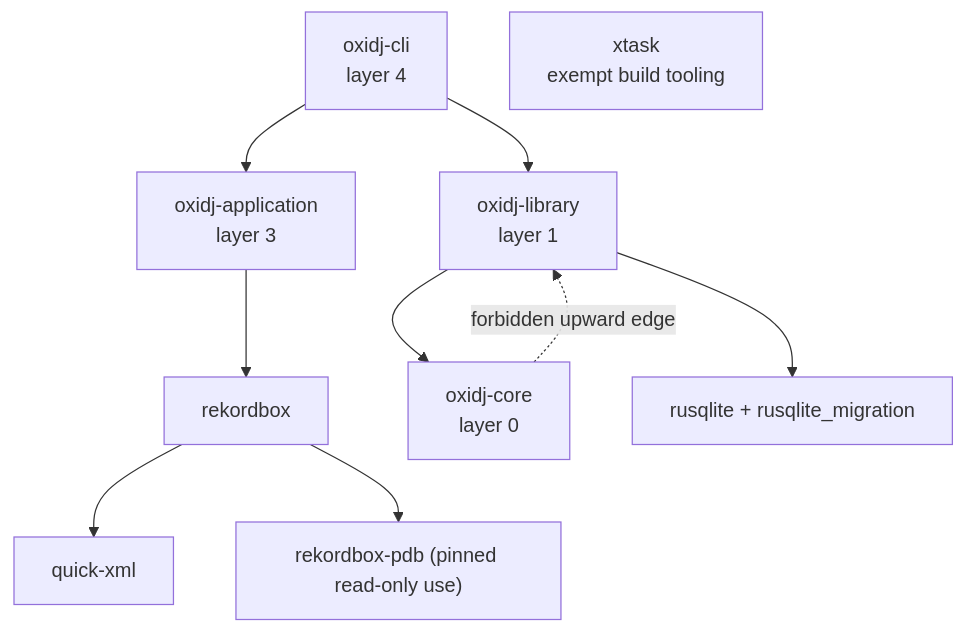
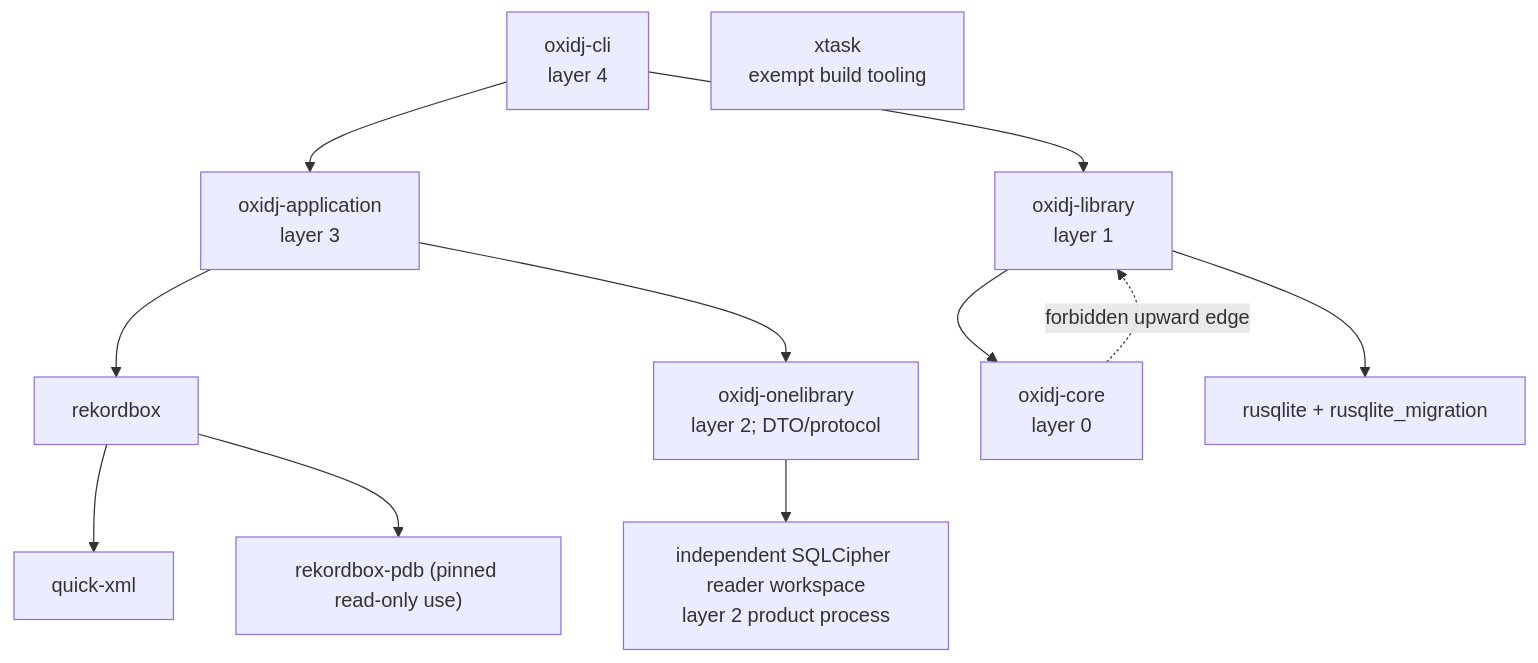
Before and after one commit to Senci/oxidj: the diagram in docs/layers-policy.md, drawn with Mermaid. The commit also changed other lines of this file and 16 other files, not shown here.

First line of the commit message:
feat(onelibrary): add isolated synthetic preview reader

````diff
--- a/docs/layers-policy.md
+++ b/docs/layers-policy.md
@@ -36,12 +37,14 @@
 ```mermaid
 flowchart TB
     cli["oxidj-cli<br/>layer 4"] --> app["oxidj-application<br/>layer 3"]
     cli --> library["oxidj-library<br/>layer 1"]
     app --> rekordbox
+    app --> onelibrary["oxidj-onelibrary<br/>layer 2; DTO/protocol"]
+    onelibrary --> reader["independent SQLCipher reader workspace<br/>layer 2 product process"]
     rekordbox --> xml["quick-xml"]
     rekordbox --> pdb["rekordbox-pdb (pinned read-only use)"]
     library --> core["oxidj-core<br/>layer 0"]
     library --> sqlite["rusqlite + rusqlite_migration"]
     core -. "forbidden upward edge" .-> library
     xtask["xtask<br/>exempt build tooling"]
 ```
````
